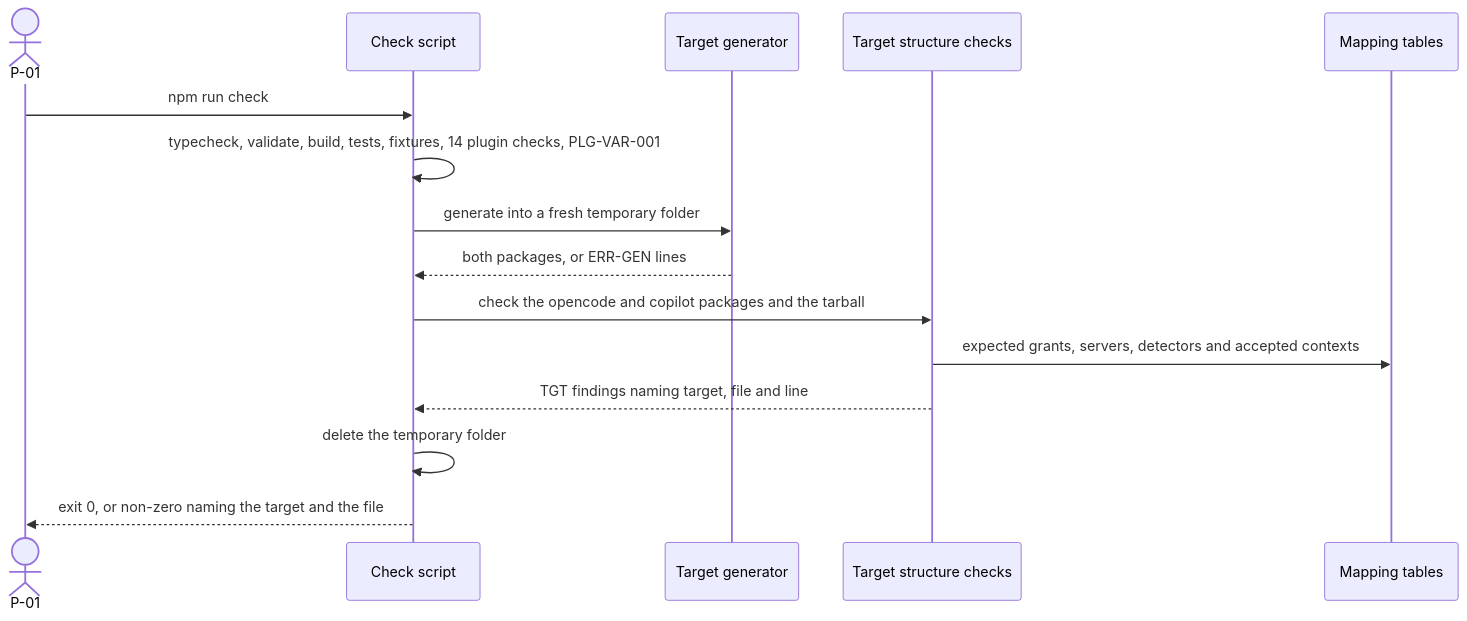
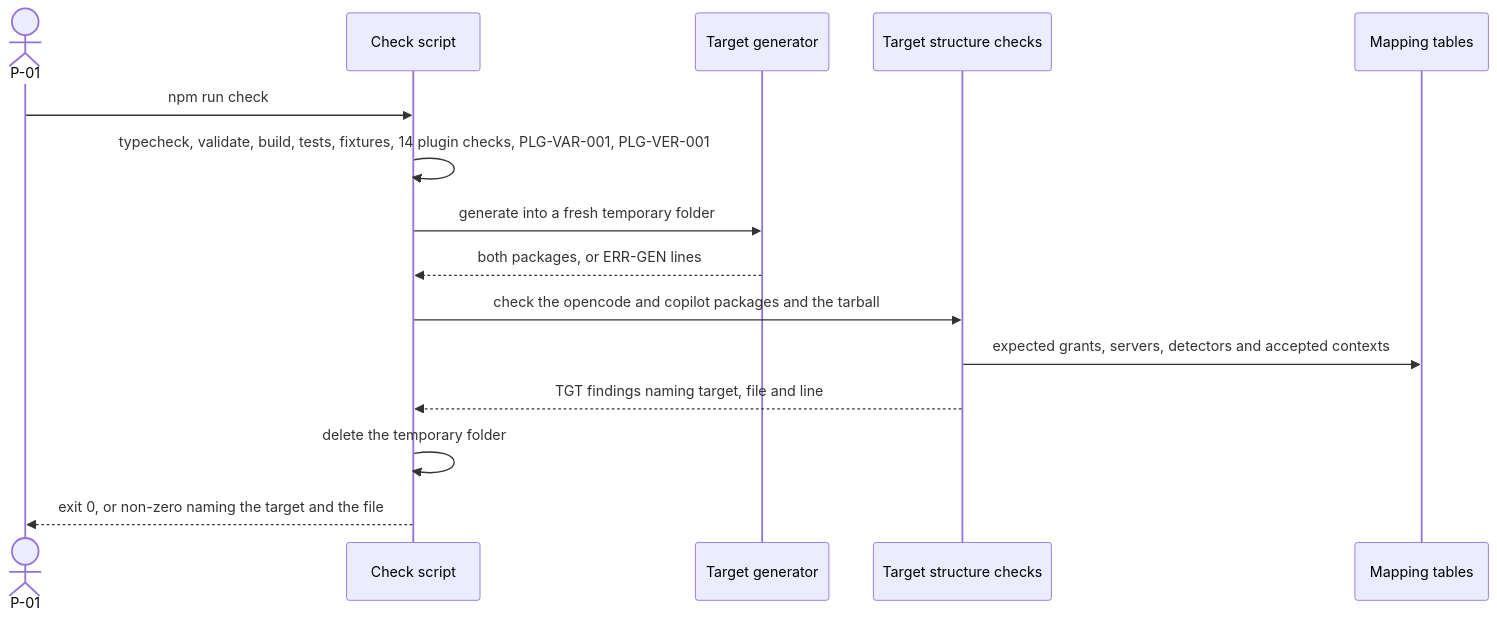
Diagram 11 of 15 in .sdd/002-multi-platform-targets/10-spec/60-architecture/architecture.md (jlacube/spec-architect), drawn with Mermaid before and after one commit. The commit also changed other lines of this file and 15 other files, not shown here.

````diff
--- a/.sdd/002-multi-platform-targets/10-spec/60-architecture/architecture.md
+++ b/.sdd/002-multi-platform-targets/10-spec/60-architecture/architecture.md
@@ -739,18 +751,18 @@
 ```mermaid
 sequenceDiagram
   %% F10 npm run check. Realizes C002-TS-601 C002-TS-602 C002-TS-603 C002-TS-604 C002-TS-605
   actor P01 as P-01
   participant C002_COMP_013 as Check script
   participant C002_COMP_001 as Target generator
   participant C002_COMP_007 as Target structure checks
   participant C002_COMP_002 as Mapping tables
   P01->>C002_COMP_013: npm run check
-  C002_COMP_013->>C002_COMP_013: typecheck, validate, build, tests, fixtures, 14 plugin checks, PLG-VAR-001
+  C002_COMP_013->>C002_COMP_013: typecheck, validate, build, tests, fixtures, 14 plugin checks, PLG-VAR-001, PLG-VER-001
   C002_COMP_013->>C002_COMP_001: generate into a fresh temporary folder
   C002_COMP_001-->>C002_COMP_013: both packages, or ERR-GEN lines
   C002_COMP_013->>C002_COMP_007: check the opencode and copilot packages and the tarball
   C002_COMP_007->>C002_COMP_002: expected grants, servers, detectors and accepted contexts
   C002_COMP_007-->>C002_COMP_013: TGT findings naming target, file and line
   C002_COMP_013->>C002_COMP_013: delete the temporary folder
   C002_COMP_013-->>P01: exit 0, or non-zero naming the target and the file
 ```
````
